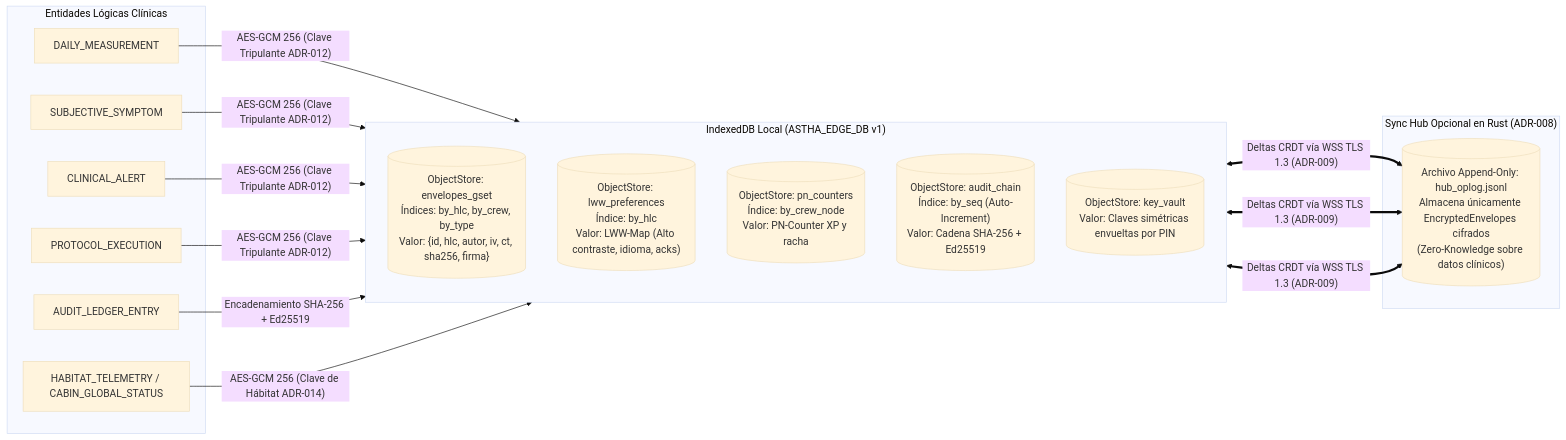
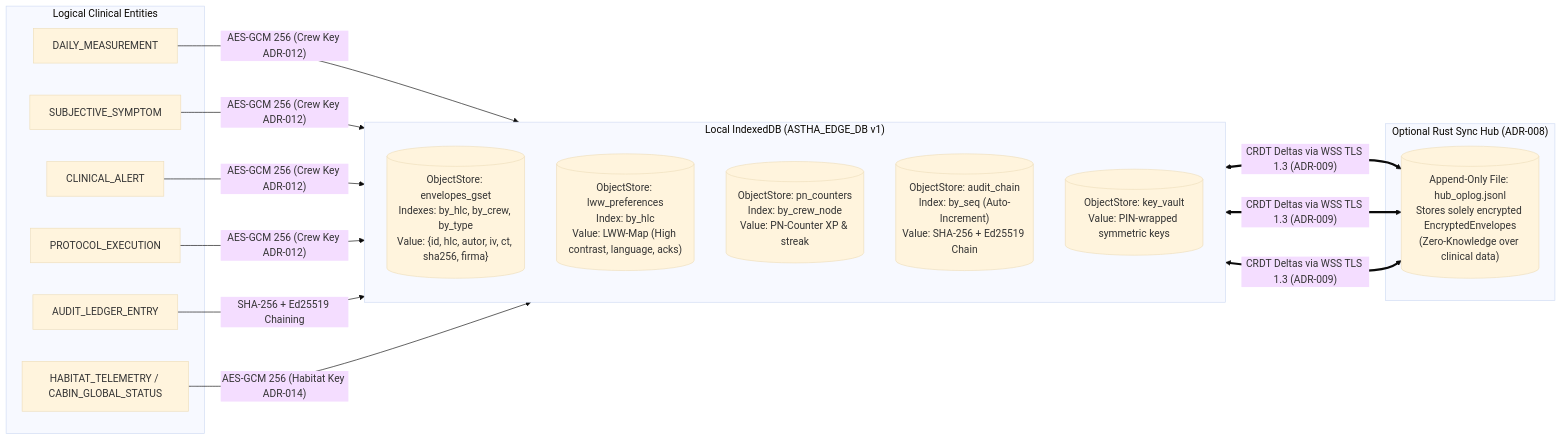
The second of 2 diagrams in docs/Modelo-datos-y-APIs/01-Diagrama-Entidad-Relacion.md (angelcontres/ASTHA-SpaceApps), drawn with Mermaid (base theme) before and after one commit. The commit also changed other lines of this file and 46 other files, not shown here.

````diff
--- a/docs/Modelo-datos-y-APIs/01-Diagrama-Entidad-Relacion.md
+++ b/docs/Modelo-datos-y-APIs/01-Diagrama-Entidad-Relacion.md
@@ -168,29 +168,29 @@
 ```mermaid
 flowchart LR
-    subgraph Logical ["Entidades Lógicas Clínicas"]
+    subgraph Logical ["Logical Clinical Entities"]
         L1["DAILY_MEASUREMENT"]
         L2["SUBJECTIVE_SYMPTOM"]
         L3["CLINICAL_ALERT"]
         L4["PROTOCOL_EXECUTION"]
         L5["AUDIT_LEDGER_ENTRY"]
         L6["HABITAT_TELEMETRY / CABIN_GLOBAL_STATUS"]
     end
 
-    subgraph IDB ["IndexedDB Local (ASTHA_EDGE_DB v1)"]
+    subgraph IDB ["Local IndexedDB (ASTHA_EDGE_DB v1)"]
         direction TB
-        S1[("ObjectStore: envelopes_gset<br>Índices: by_hlc, by_crew, by_type<br>Valor: {id, hlc, autor, iv, ct, sha256, firma}")]
-        S2[("ObjectStore: lww_preferences<br>Índice: by_hlc<br>Valor: LWW-Map (Alto contraste, idioma, acks)")]
-        S3[("ObjectStore: pn_counters<br>Índice: by_crew_node<br>Valor: PN-Counter XP y racha")]
-        S4[("ObjectStore: audit_chain<br>Índice: by_seq (Auto-Increment)<br>Valor: Cadena SHA-256 + Ed25519")]
-        S5[("ObjectStore: key_vault<br>Valor: Claves simétricas envueltas por PIN")]
+        S1[("ObjectStore: envelopes_gset<br>Indexes: by_hlc, by_crew, by_type<br>Value: {id, hlc, autor, iv, ct, sha256, firma}")]
+        S2[("ObjectStore: lww_preferences<br>Index: by_hlc<br>Value: LWW-Map (High contrast, language, acks)")]
+        S3[("ObjectStore: pn_counters<br>Index: by_crew_node<br>Value: PN-Counter XP & streak")]
+        S4[("ObjectStore: audit_chain<br>Index: by_seq (Auto-Increment)<br>Value: SHA-256 + Ed25519 Chain")]
+        S5[("ObjectStore: key_vault<br>Value: PIN-wrapped symmetric keys")]
     end
 
-    subgraph Hub ["Sync Hub Opcional en Rust (ADR-008)"]
-        H1[("Archivo Append-Only: hub_oplog.jsonl<br>Almacena únicamente EncryptedEnvelopes cifrados<br>(Zero-Knowledge sobre datos clínicos)")]
+    subgraph Hub ["Optional Rust Sync Hub (ADR-008)"]
+        H1[("Append-Only File: hub_oplog.jsonl<br>Stores solely encrypted EncryptedEnvelopes<br>(Zero-Knowledge over clinical data)")]
     end
 
-    L1 & L2 & L3 & L4 -->|"AES-GCM 256 (Clave Tripulante ADR-012)"| S1
-    L5 -->|"Encadenamiento SHA-256 + Ed25519"| S4
-    L6 -->|"AES-GCM 256 (Clave de Hábitat ADR-014)"| S1
-    S1 & S2 & S3 <==>|"Deltas CRDT vía WSS TLS 1.3 (ADR-009)"| H1
+    L1 & L2 & L3 & L4 -->|"AES-GCM 256 (Crew Key ADR-012)"| S1
+    L5 -->|"SHA-256 + Ed25519 Chaining"| S4
+    L6 -->|"AES-GCM 256 (Habitat Key ADR-014)"| S1
+    S1 & S2 & S3 <==>|"CRDT Deltas via WSS TLS 1.3 (ADR-009)"| H1
 ```
````
